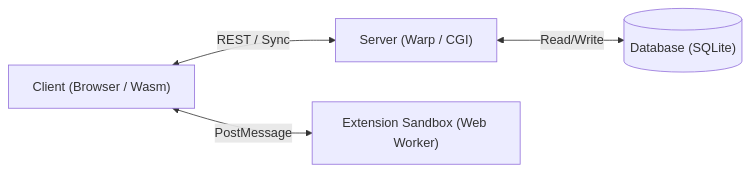
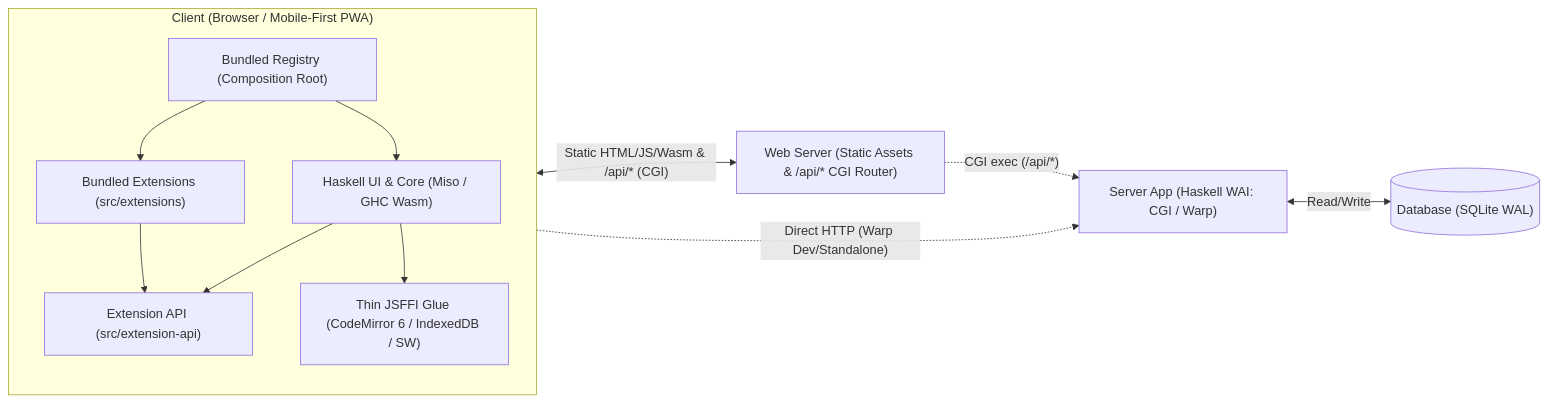
Before and after one commit to asakamirai/tamatsuzura: the diagram in docs/project/architecture.md, drawn with Mermaid. The commit also changed other lines of this file and 10 other files, not shown here.

First line of the commit message:
M0: Finalize requirements and sync architecture, milestones, and backlog

````diff
--- a/docs/project/architecture.md
+++ b/docs/project/architecture.md
@@ -11,6 +11,25 @@
 ```mermaid
 graph LR
-    Client["Client (Browser / Wasm)"] <-- REST / Sync --> Server["Server (Warp / CGI)"]
-    Server <-- Read/Write --> Storage[("Database (SQLite)")]
-    Client <-- PostMessage --> ExtensionWorker["Extension Sandbox (Web Worker)"]
+    subgraph Browser["Client (Browser / Mobile-First PWA)"]
+        MisoUI["Haskell UI & Core (Miso / GHC Wasm)"]
+        ExtAPI["Extension API (src/extension-api)"]
+        ExtReg["Bundled Registry (Composition Root)"]
+        Ext["Bundled Extensions (src/extensions)"]
+        JSFFI["Thin JSFFI Glue (CodeMirror 6 / IndexedDB / SW)"]
+
+        MisoUI --> ExtAPI
+        ExtReg --> MisoUI
+        ExtReg --> Ext
+        Ext --> ExtAPI
+        MisoUI --> JSFFI
+    end
+
+    WebServer["Web Server (Static Assets & /api/* CGI Router)"]
+    Server["Server App (Haskell WAI: CGI / Warp)"]
+    Storage[("Database (SQLite WAL)")]
+
+    Browser <-->|"Static HTML/JS/Wasm & /api/* (CGI)"| WebServer
+    WebServer -.->|"CGI exec (/api/*)"| Server
+    Browser -.->|"Direct HTTP (Warp Dev/Standalone)"| Server
+    Server <-->|"Read/Write"| Storage
 ```
````
